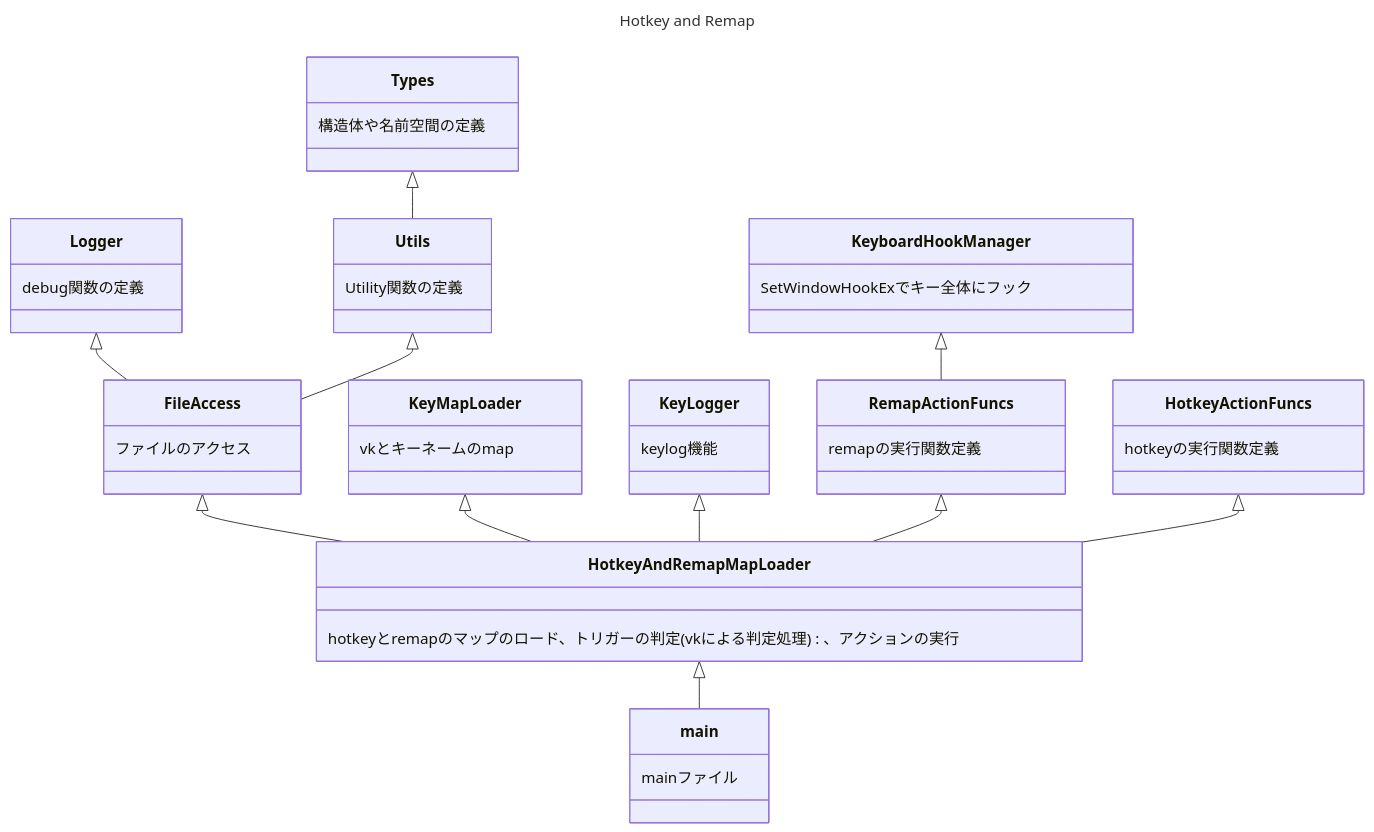
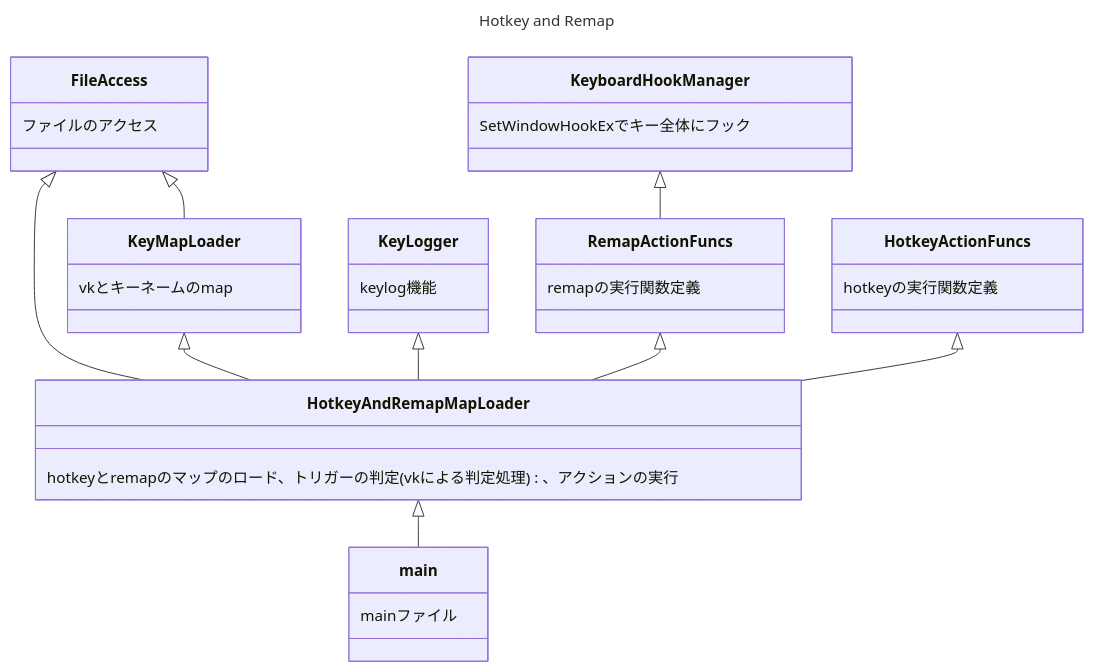
The diagram in document/クラス図/Mermaid Chart.mmd (ripidot/newhotkey), drawn with Mermaid before and after one commit. The commit also changed 9 other files, not shown here.

```diff
--- a/document/クラス図/Mermaid Chart.mmd
+++ b/document/クラス図/Mermaid Chart.mmd
@@ -1,49 +1,38 @@
 ---
 title: Hotkey and Remap
 ---
 classDiagram
 direction TB
     class FileAccess {
 	    ファイルのアクセス
     }
     class HotkeyAndRemapMapLoader {
-      hotkeyとremapのマップのロード、トリガーの判定(vkによる判定処理)、アクションの実行
+	    hotkeyとremapのマップのロード、トリガーの判定(vkによる判定処理) 、アクションの実行
     }
     class KeyMapLoader {
-      vkとキーネームのmap
+	    vkとキーネームのmap
     }
     class KeyboardHookManager {
-    SetWindowHookExでキー全体にフック
+	    SetWindowHookExでキー全体にフック
     }
     class HotkeyActionFuncs {
-      hotkeyの実行関数定義
+	    hotkeyの実行関数定義
     }
     class RemapActionFuncs {
-      remapの実行関数定義
-    }
-    class Logger {
-      debug関数の定義
-    }
-    class Utils {
-      Utility関数の定義
-    }
-    class Types {
-      構造体や名前空間の定義
+	    remapの実行関数定義
     }
     class main {
-      mainファイル
+	    mainファイル
     }
     class KeyLogger {
-        keylog機能
+	    keylog機能
     }
-  
+
     FileAccess <|-- HotkeyAndRemapMapLoader
+    FileAccess <|-- KeyMapLoader
     KeyMapLoader <|-- HotkeyAndRemapMapLoader
-    KeyboardHookManager<|-- RemapActionFuncs
+    KeyboardHookManager <|-- RemapActionFuncs
     KeyLogger <|-- HotkeyAndRemapMapLoader
-    RemapActionFuncs<|-- HotkeyAndRemapMapLoader
+    RemapActionFuncs <|-- HotkeyAndRemapMapLoader
     HotkeyActionFuncs <|-- HotkeyAndRemapMapLoader
     HotkeyAndRemapMapLoader <|-- main
-    Logger <|-- FileAccess
-    Utils <|-- FileAccess
-    Types <|-- Utils
```
